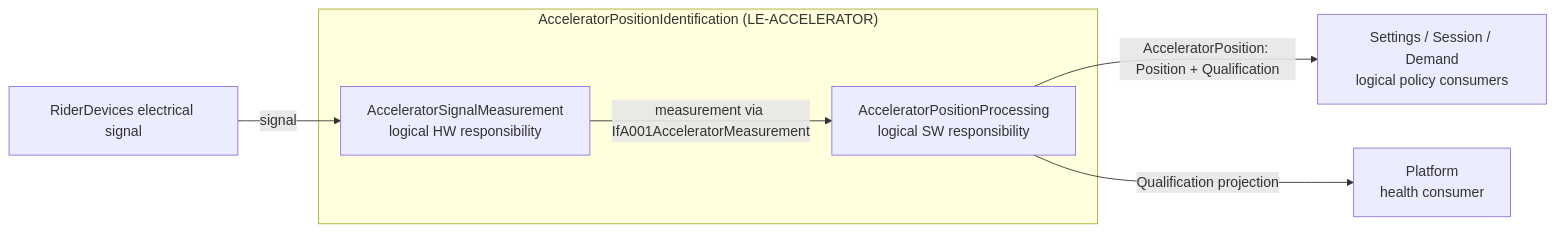
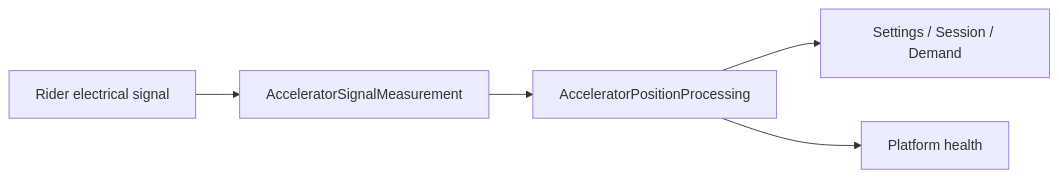
The diagram in .devenv/Architecture/SystemArchitecture/Modelling/AcceleratorPositionIdentification/README.md (dhellhake/X2CityMCU), drawn with Mermaid before and after one commit. The commit also changed other lines of this file and 15 other files, not shown here.

Commit message:
Refactored Requirements for AcceleratorPositionIdentification

````diff
--- a/.devenv/Architecture/SystemArchitecture/Modelling/AcceleratorPositionIdentification/README.md
+++ b/.devenv/Architecture/SystemArchitecture/Modelling/AcceleratorPositionIdentification/README.md
@@ -11,11 +11,7 @@
 ```mermaid
 flowchart LR
-    R["RiderDevices electrical signal"] -->|signal| HW
-    subgraph API["AcceleratorPositionIdentification (LE-ACCELERATOR)"]
-        HW["AcceleratorSignalMeasurement<br/>logical HW responsibility"]
-        SW["AcceleratorPositionProcessing<br/>logical SW responsibility"]
-        HW -->|measurement via IfA001AcceleratorMeasurement| SW
-    end
-    SW -->|AcceleratorPosition: Position + Qualification| P["Settings / Session / Demand<br/>logical policy consumers"]
-    SW -->|Qualification projection| PL["Platform<br/>health consumer"]
+    R[Rider electrical signal] --> HW[AcceleratorSignalMeasurement]
+    HW --> SW[AcceleratorPositionProcessing]
+    SW --> P[Settings / Session / Demand]
+    SW --> H[Platform health]
 ```
````
